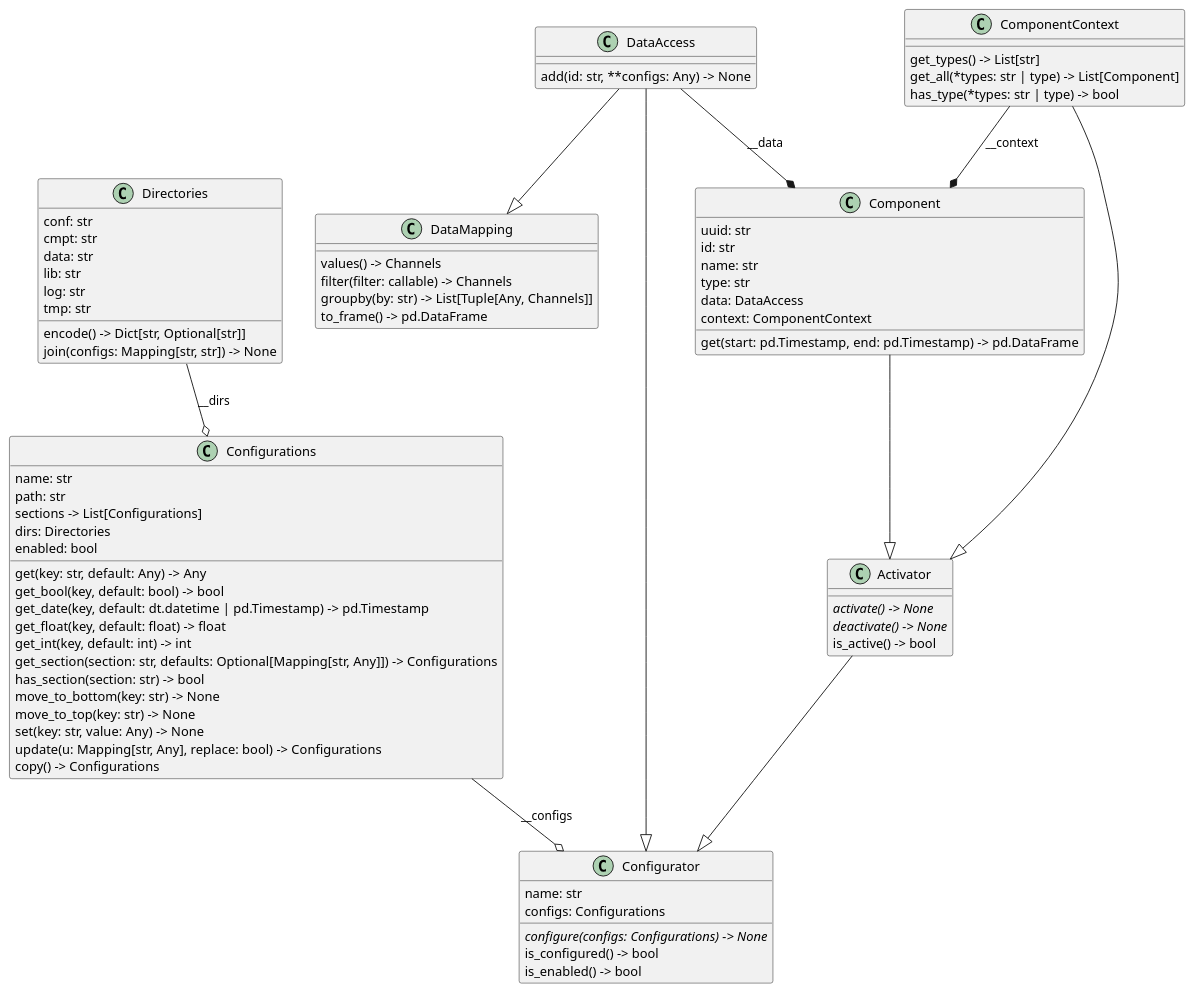
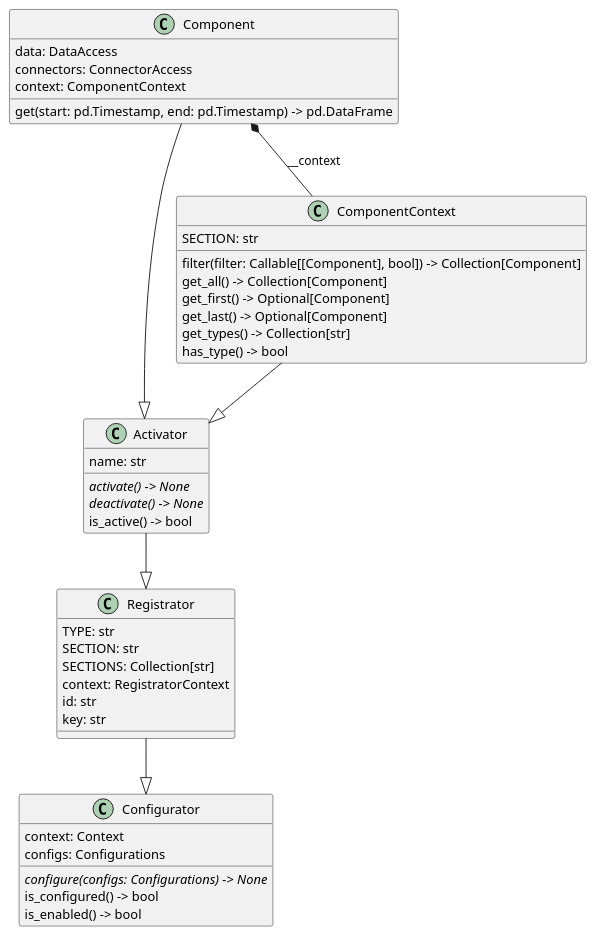
The diagram in doc/_static/diagrams/component.plantuml (isc-konstanz/lories), drawn with PlantUML before and after one commit. The commit also changed 9 other files, not shown here.

Commit message:
Update UML diagrams

```diff
--- a/doc/_static/diagrams/component.plantuml
+++ b/doc/_static/diagrams/component.plantuml
@@ -1,76 +1,44 @@
 @startuml loris.components.component.Component
 set namespaceSeparator none
 class "Component" as loris.components.component.Component {
-  uuid: str
-  id: str
-  name: str
-  type: str
   data: DataAccess
+  connectors: ConnectorAccess
   context: ComponentContext
   get(start: pd.Timestamp, end: pd.Timestamp) -> pd.DataFrame
 }
-class "Activator" as loris.components.activator.Activator {
+class "Activator" as loris.core.activator.Activator {
+  name: str
   {abstract}activate() -> None
   {abstract}deactivate() -> None
   is_active() -> bool
 }
-class "Configurator" as loris.configs.configurator.Configurator {
-  name: str
+class "Registrator" as loris.core.register.registrator.Registrator {
+  TYPE: str
+  SECTION: str
+  SECTIONS: Collection[str]
+  context: RegistratorContext
+  id: str
+  key: str
+}
+class "Configurator" as loris.core.configs.configurator.Configurator {
+  context: Context
   configs: Configurations
   {abstract}configure(configs: Configurations) -> None
   is_configured() -> bool
   is_enabled() -> bool
 }
-class "Configurations" as loris.configs.configurations.Configurations {
-  name: str
-  path: str
-  sections -> List[Configurations]
-  dirs: Directories
-  enabled: bool
-  get(key: str, default: Any) -> Any
-  get_bool(key, default: bool) -> bool
-  get_date(key, default: dt.datetime | pd.Timestamp) -> pd.Timestamp
-  get_float(key, default: float) -> float
-  get_int(key, default: int) -> int
-  get_section(section: str, defaults: Optional[Mapping[str, Any]]) -> Configurations
-  has_section(section: str) -> bool
-  move_to_bottom(key: str) -> None
-  move_to_top(key: str) -> None
-  set(key: str, value: Any) -> None
-  update(u: Mapping[str, Any], replace: bool) -> Configurations
-  copy() -> Configurations
+class "ComponentContext" as loris.components.context.ComponentContext {
+  SECTION: str
+  filter(filter: Callable[[Component], bool]) -> Collection[Component]
+  get_all() -> Collection[Component]
+  get_first() -> Optional[Component]
+  get_last() -> Optional[Component]
+  get_types() -> Collection[str]
+  has_type() -> bool
 }
-class "Directories" as loris.configs.directories.Directories {
-  conf: str
-  cmpt: str
-  data: str
-  lib: str
-  log: str
-  tmp: str
-  encode() -> Dict[str, Optional[str]]
-  join(configs: Mapping[str, str]) -> None
-}
-class "ComponentContext" as loris.components.context.ComponentContext {
-  get_types() -> List[str]
-  get_all(*types: str | type) -> List[Component]
-  has_type(*types: str | type) -> bool
-}
-class "DataAccess" as loris.data.access.DataAccess {
-  add(id: str, **configs: Any) -> None
-}
-class "DataMapping" as loris.data.mapping.DataMapping {
-  values() -> Channels
-  filter(filter: callable) -> Channels
-  groupby(by: str) -> List[Tuple[Any, Channels]]
-  to_frame() -> pd.DataFrame
-}
-loris.components.activator.Activator --|> loris.configs.configurator.Configurator
-loris.components.component.Component --|> loris.components.activator.Activator
-loris.data.access.DataAccess --|> loris.data.mapping.DataMapping
-loris.data.access.DataAccess --|> loris.configs.configurator.Configurator
-loris.data.access.DataAccess --* loris.components.component.Component : __data
-loris.components.context.ComponentContext --|> loris.components.activator.Activator
-loris.components.context.ComponentContext --* loris.components.component.Component : __context
-loris.configs.configurations.Configurations --o loris.configs.configurator.Configurator : __configs
-loris.configs.directories.Directories --o loris.configs.configurations.Configurations : __dirs
+loris.core.register.registrator.Registrator --|> loris.core.configs.configurator.Configurator
+loris.core.activator.Activator --|> loris.core.register.registrator.Registrator
+loris.components.component.Component --|> loris.core.activator.Activator
+loris.components.component.Component *-- loris.components.context.ComponentContext : __context
+loris.components.context.ComponentContext --|> loris.core.activator.Activator
 @enduml
```
